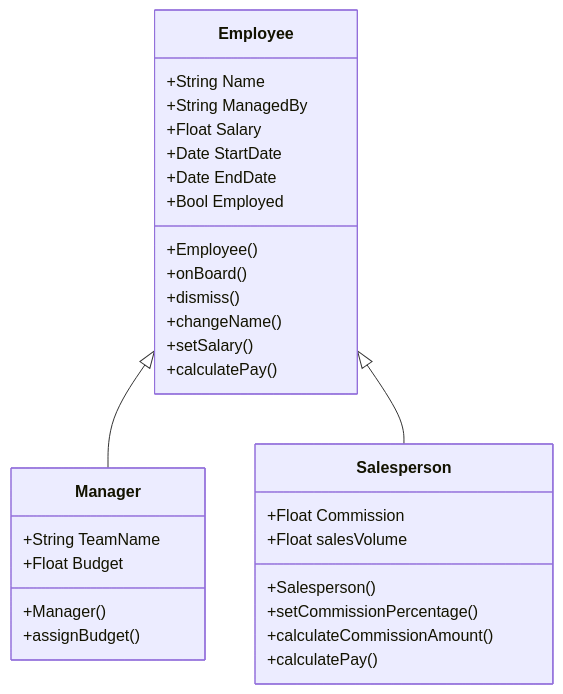
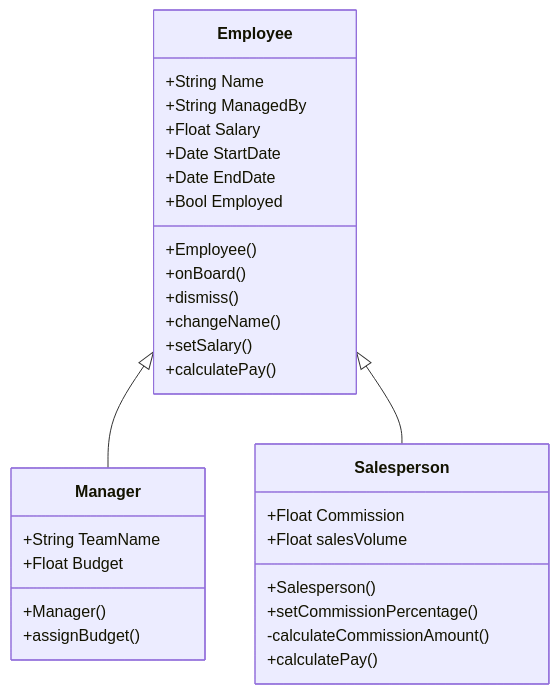
Before and after one commit to stephenboothuk/Mermaid: the seventh of 7 diagrams in basicMarkdownex.md, drawn with Mermaid. The commit also changed other lines of this file, not shown here.

````diff
--- a/basicMarkdownex.md
+++ b/basicMarkdownex.md
@@ -563,31 +563,31 @@
 ```mermaid
 classDiagram
 	Employee <|-- Manager
 	Employee <|-- Salesperson
 	Employee : +String Name
 	Employee : +String ManagedBy
 	Employee : +Float Salary
 	Employee : +Date StartDate
 	Employee : +Date EndDate
 	Employee : +Bool Employed
 	Employee : +Employee()
 	Employee : +onBoard()
 	Employee : +dismiss()
 	Employee : +changeName()
 	Employee : +setSalary()
 	Employee : +calculatePay()
 	class Manager{
 		+String TeamName
 		+Float Budget
 		+Manager()
 		+assignBudget()
 	}
 	class Salesperson{
 		+Float Commission
 		+Float salesVolume
 		+Salesperson()
 		+setCommissionPercentage()
-		+calculateCommissionAmount()
+		-calculateCommissionAmount()
 		+calculatePay()
 	}
 ```
````
